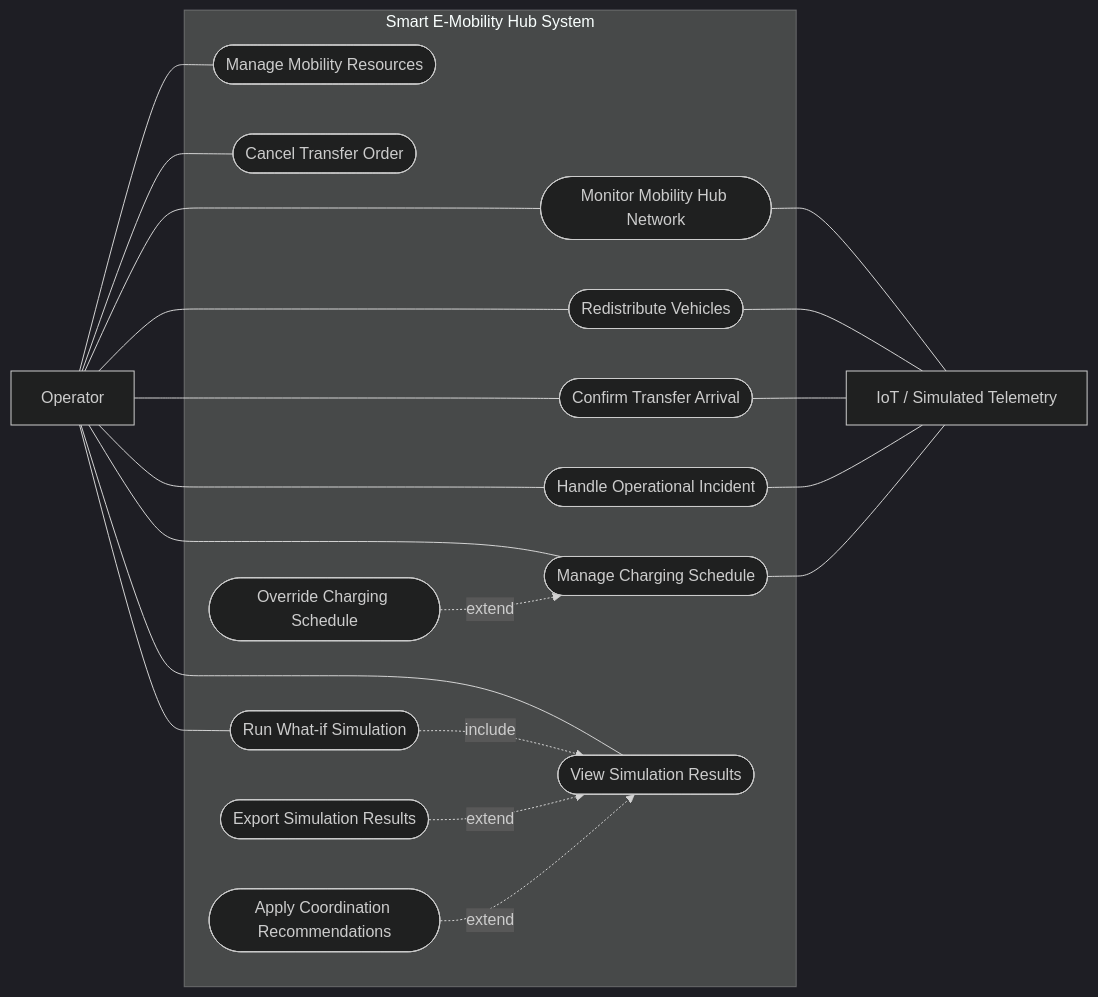
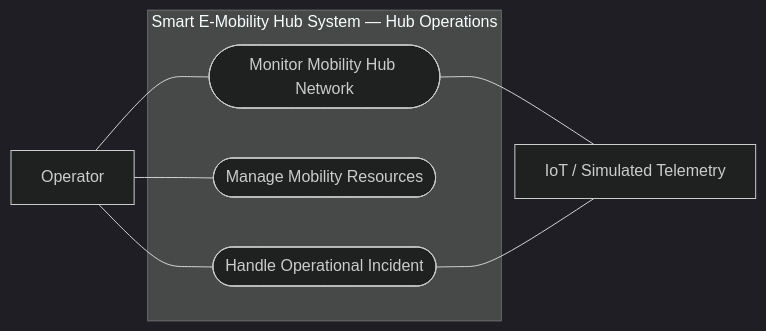
The tenth of 14 diagrams in docs/diagrams/01_Usecase_Diagram/README.md (YdtTran/software-engineerning), drawn with Mermaid (dark theme) before and after one commit. The commit also changed other lines of this file and 72 other files, not shown here.

Commit message:
docs: publish updated Draw.io workflow and overview diagrams

````diff
--- a/docs/diagrams/01_Usecase_Diagram/README.md
+++ b/docs/diagrams/01_Usecase_Diagram/README.md
@@ -175,37 +367,15 @@
 ```mermaid
 flowchart LR
 actor_operator["Operator"]
 actor_telemetry["IoT / Simulated Telemetry"]
-subgraph System["Smart E-Mobility Hub System"]
-uc_UC08(["Monitor Mobility Hub Network"])
-uc_UC09(["Manage Mobility Resources"])
-uc_UC10(["Redistribute Vehicles"])
-uc_UC10A(["Confirm Transfer Arrival"])
-uc_UC10B(["Cancel Transfer Order"])
-uc_UC11(["Handle Operational Incident"])
-uc_UC12(["Manage Charging Schedule"])
-uc_UC12_uc_ext2(["Override Charging Schedule"])
-uc_UC13(["Run What-if Simulation"])
-uc_UC14(["View Simulation Results"])
-uc_UC14_uc_ext1(["Export Simulation Results"])
-uc_UC14_uc_apply(["Apply Coordination Recommendations"])
+subgraph System["Smart E-Mobility Hub System — Hub Operations"]
+  uc_UC08(["Monitor Mobility Hub Network"])
+  uc_UC09(["Manage Mobility Resources"])
+  uc_UC11(["Handle Operational Incident"])
 end
 actor_operator --- uc_UC08
 actor_operator --- uc_UC09
-actor_operator --- uc_UC10
-actor_operator --- uc_UC10A
-actor_operator --- uc_UC10B
 actor_operator --- uc_UC11
-actor_operator --- uc_UC12
-uc_UC12_uc_ext2 -. "extend" .-> uc_UC12
-actor_operator --- uc_UC13
-actor_operator --- uc_UC14
-uc_UC13 -. "include" .-> uc_UC14
-uc_UC14_uc_ext1 -. "extend" .-> uc_UC14
-uc_UC14_uc_apply -. "extend" .-> uc_UC14
 uc_UC08 --- actor_telemetry
-uc_UC10 --- actor_telemetry
-uc_UC10A --- actor_telemetry
 uc_UC11 --- actor_telemetry
-uc_UC12 --- actor_telemetry
 ```
````
